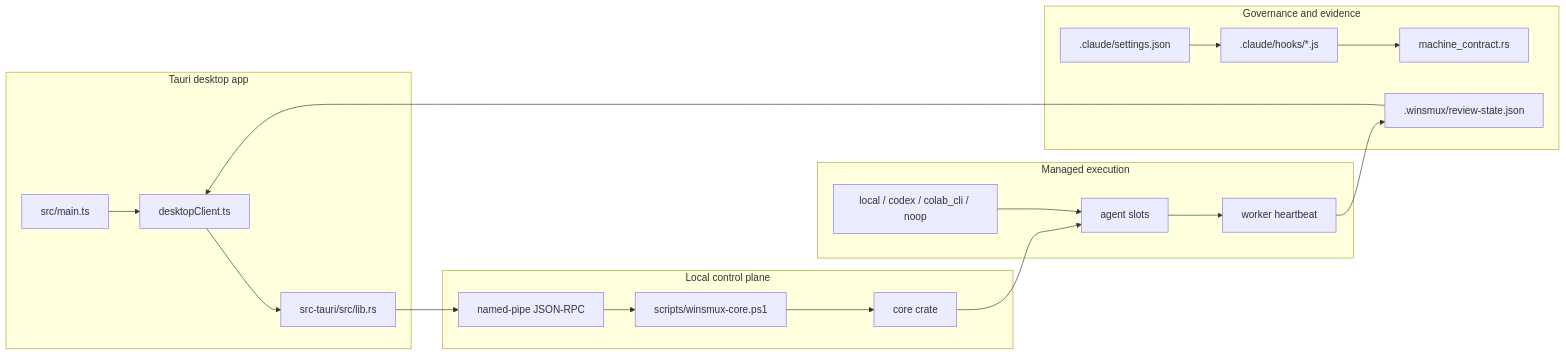
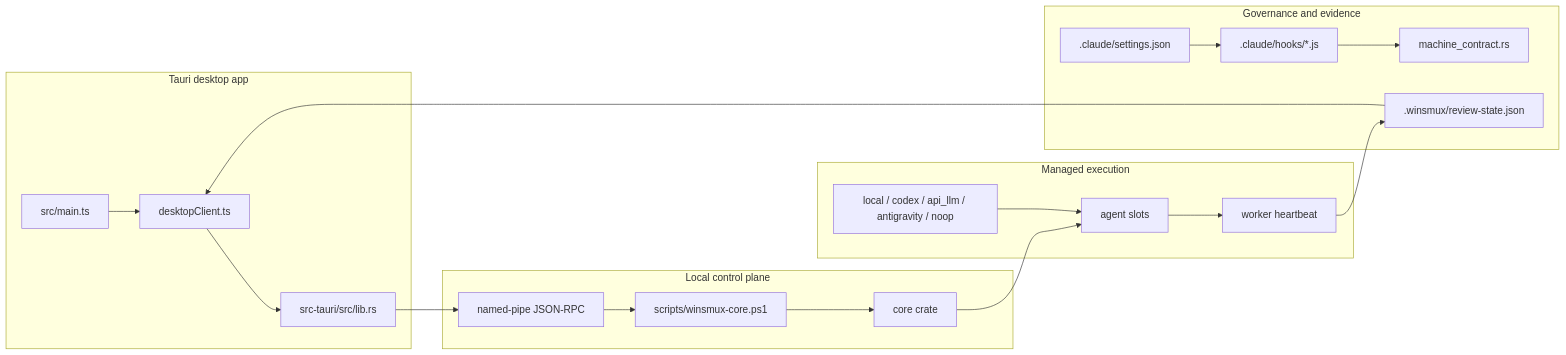
Before and after one commit to Sora-bluesky/winsmux: the third of 3 diagrams in docs/project/ARCHITECTURE.md, drawn with Mermaid. The commit also changed 62 other files, not shown here.

First line of the commit message:
refactor(backends): remove Colab integration (#1213)

````diff
--- a/docs/project/ARCHITECTURE.md
+++ b/docs/project/ARCHITECTURE.md
@@ -95,40 +95,40 @@
 ```mermaid
 flowchart LR
     subgraph App["Tauri desktop app"]
         Main["src/main.ts"]
         Client["desktopClient.ts"]
         Tauri["src-tauri/src/lib.rs"]
     end
 
     subgraph Control["Local control plane"]
         Pipe["named-pipe JSON-RPC"]
         PS["scripts/winsmux-core.ps1"]
         Rust["core crate"]
     end
 
     subgraph Governance["Governance and evidence"]
         Settings[".claude/settings.json"]
         Hooks[".claude/hooks/*.js"]
         Machine["machine_contract.rs"]
         Review[".winsmux/review-state.json"]
     end
 
     subgraph Workers["Managed execution"]
         Slots["agent slots"]
         Heartbeat["worker heartbeat"]
-        Backends["local / codex / colab_cli / noop"]
+        Backends["local / codex / api_llm / antigravity / noop"]
     end
 
     Main --> Client
     Client --> Tauri
     Tauri --> Pipe
     Pipe --> PS
     PS --> Rust
     Settings --> Hooks
     Hooks --> Machine
     Rust --> Slots
     Slots --> Heartbeat
     Heartbeat --> Review
     Review --> Client
     Backends --> Slots
 ```
````
